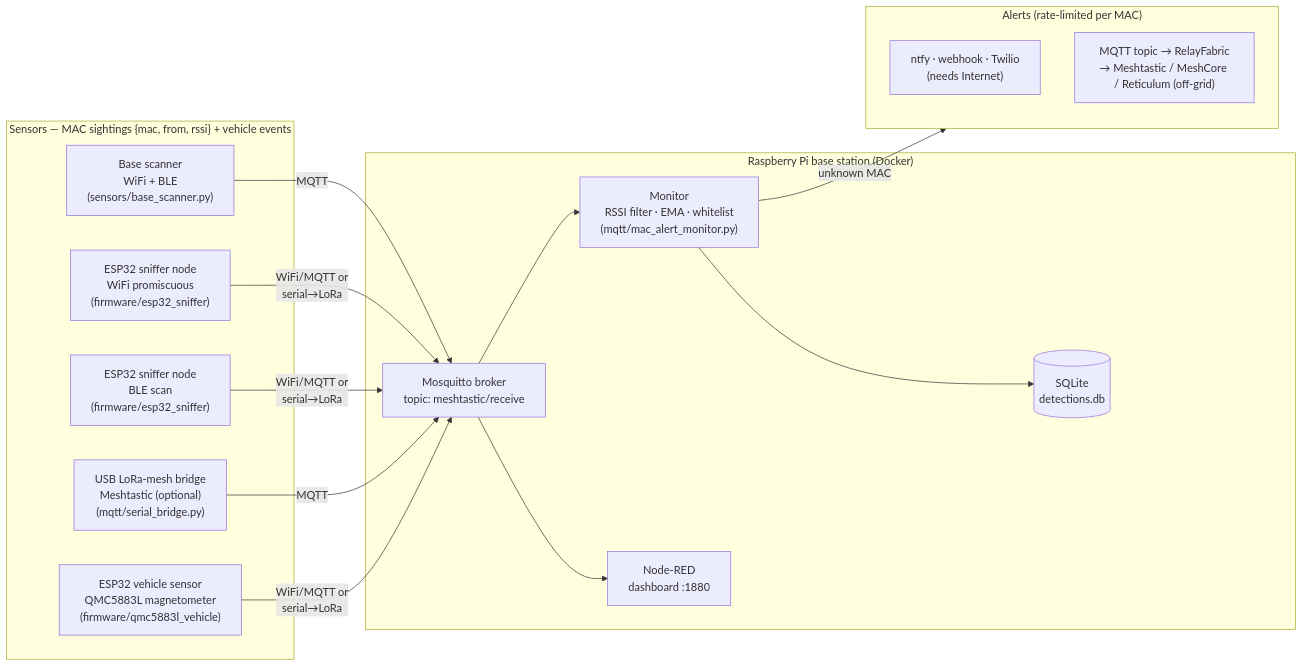
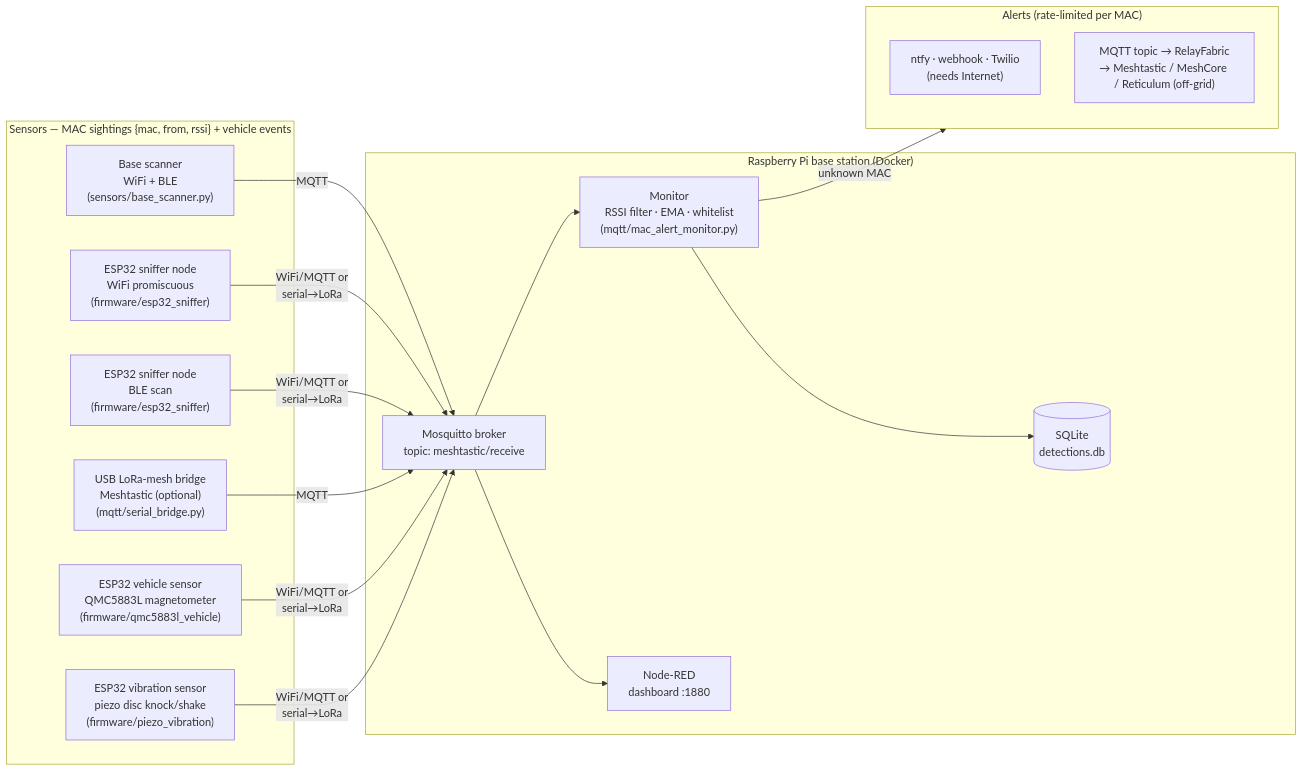
Before and after one commit to OutandBack/meshtripwire: the diagram in README.md, drawn with Mermaid. The commit also changed other lines of this file and 7 other files, not shown here.

First line of the commit message:
Add piezo disc vibration sensing: knock vs sustained shaking

````diff
--- a/README.md
+++ b/README.md
@@ -9,32 +9,34 @@
 ```mermaid
 flowchart LR
     subgraph sensors["Sensors — MAC sightings {mac, from, rssi} + vehicle events"]
         S1["Base scanner<br/>WiFi + BLE<br/>(sensors/base_scanner.py)"]
         S2["ESP32 sniffer node<br/>WiFi promiscuous<br/>(firmware/esp32_sniffer)"]
         S4["ESP32 sniffer node<br/>BLE scan<br/>(firmware/esp32_sniffer)"]
         S3["USB LoRa-mesh bridge<br/>Meshtastic (optional)<br/>(mqtt/serial_bridge.py)"]
         S5["ESP32 vehicle sensor<br/>QMC5883L magnetometer<br/>(firmware/qmc5883l_vehicle)"]
+        S6["ESP32 vibration sensor<br/>piezo disc knock/shake<br/>(firmware/piezo_vibration)"]
     end
 
     S1 -->|MQTT| BROKER
     S2 -->|WiFi/MQTT or<br/>serial→LoRa| BROKER
     S4 -->|WiFi/MQTT or<br/>serial→LoRa| BROKER
     S3 -->|MQTT| BROKER
     S5 -->|WiFi/MQTT or<br/>serial→LoRa| BROKER
+    S6 -->|WiFi/MQTT or<br/>serial→LoRa| BROKER
 
     subgraph base["Raspberry Pi base station (Docker)"]
         BROKER["Mosquitto broker<br/>topic: meshtastic/receive"]
         MON["Monitor<br/>RSSI filter · EMA · whitelist<br/>(mqtt/mac_alert_monitor.py)"]
         DB[("SQLite<br/>detections.db")]
         NR["Node-RED<br/>dashboard :1880"]
         BROKER --> MON
         BROKER --> NR
         MON --> DB
     end
 
     MON -->|unknown MAC| ALERTS
     subgraph ALERTS["Alerts (rate-limited per MAC)"]
         A1["ntfy · webhook · Twilio<br/>(needs Internet)"]
         A2["MQTT topic → RelayFabric<br/>→ Meshtastic / MeshCore / Reticulum (off-grid)"]
     end
 ```
````
